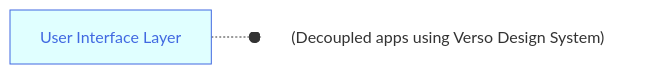
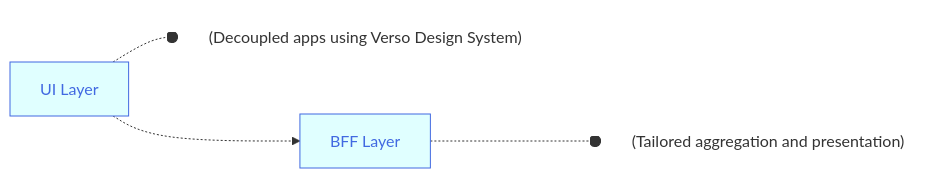
Before and after one commit to joe-dorward/samples: the diagram in buttons_mermaid_v2.md, drawn with Mermaid.

````diff
--- a/buttons_mermaid_v2.md
+++ b/buttons_mermaid_v2.md
@@ -3,25 +3,35 @@
 ```mermaid
   %%{
     init: {"flowchart": { "markdownAutoWrap":"false", "textWrap":"false", "wrappingWidth": "100%" }
     }
   }%%
   flowchart LR
 
   %% define styles
   classDef Button fill:lightcyan, stroke:royalblue, color:royalblue;
   classDef Note fill:transparent, stroke:white, text-align:left;
   %% ---------- ---------- ---------- ---------- ---------- ---------- ---------- ---------- ---------- ----------
-  BUTTON_01[User Interface Layer]:::Button
+  BUTTON_01[UI Layer]:::Button
   click BUTTON_01 "https://en.wikipedia.org/wiki/Main_Page" _blank
-
   BUTTON_01_NOTE["(Decoupled apps using Verso Design System)"]:::Note
 
+  %% connect button to note
   BUTTON_01-.-o
   BUTTON_01_NOTE
   %% ---------- ---------- ---------- ---------- ---------- ---------- ---------- ---------- ---------- ----------
+  BUTTON_02[BFF Layer]:::Button
+  click BUTTON_02 "https://en.wikipedia.org/wiki/Main_Page" _blank
+  BUTTON_02_NOTE["(Tailored aggregation and presentation)"]:::Note
+
+  %% connect button to note
+  BUTTON_02-.-o
+  BUTTON_02_NOTE
+  %% ---------- ---------- ---------- ---------- ---------- ---------- ---------- ---------- ---------- ----------
+
 
   %% ---------- ---------- ---------- ---------- ---------- ---------- ---------- ---------- ---------- ----------
 
-
-
+  %% connect buttons to buttons
+  BUTTON_01-.->
+  BUTTON_02
 ```
````
